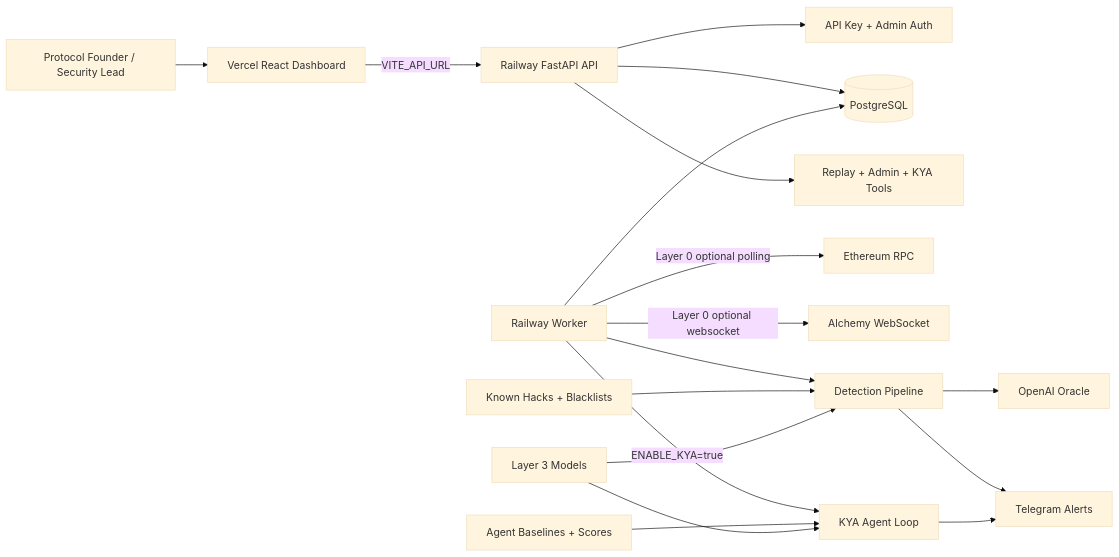
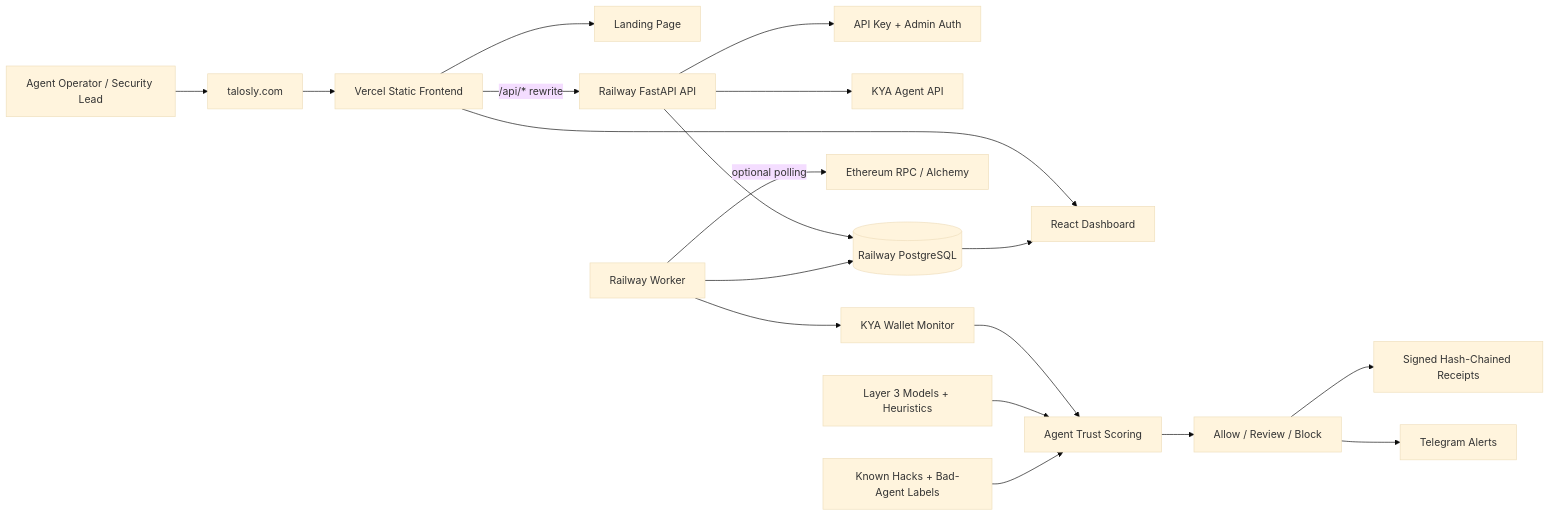
The first of 7 diagrams in README.md (hasansazly/Talosly-startup), drawn with Mermaid (base theme) before and after one commit. The commit also changed other lines of this file, not shown here.

Commit message:
Update README for agent trust product

````diff
--- a/README.md
+++ b/README.md
@@ -80,22 +79,24 @@
 ```mermaid
 flowchart LR
-  Founder[Protocol Founder / Security Lead] --> UI[Vercel React Dashboard]
-  UI -->|VITE_API_URL| API[Railway FastAPI API]
+  Operator[Agent Operator / Security Lead] --> Site[talosly.com]
+  Site --> Vercel[Vercel Static Frontend]
+  Vercel --> Landing[Landing Page]
+  Vercel --> Dashboard[React Dashboard]
+  Vercel -->|/api/* rewrite| API[Railway FastAPI API]
+
   API --> Auth[API Key + Admin Auth]
-  API --> DB[(PostgreSQL)]
-  API --> Replay[Replay + Admin + KYA Tools]
+  API --> KYA[KYA Agent API]
+  API --> DB[(Railway PostgreSQL)]
 
   Worker[Railway Worker] --> DB
-  Worker -->|Layer 0 optional polling| RPC[Ethereum RPC]
-  Worker -->|Layer 0 optional websocket| WSS[Alchemy WebSocket]
-  Worker --> Pipeline[Detection Pipeline]
-  Worker -->|ENABLE_KYA=true| KYA[KYA Agent Loop]
-  Pipeline --> OpenAI[OpenAI Oracle]
-  Pipeline --> Telegram[Telegram Alerts]
-  KYA --> Telegram
+  Worker -->|optional polling| RPC[Ethereum RPC / Alchemy]
+  Worker --> KYAWorker[KYA Wallet Monitor]
+  KYAWorker --> Score[Agent Trust Scoring]
+  Score --> Decision[Allow / Review / Block]
+  Decision --> Receipts[Signed Hash-Chained Receipts]
+  Decision --> Alerts[Telegram Alerts]
 
-  Data[Known Hacks + Blacklists] --> Pipeline
-  AgentData[Agent Baselines + Scores] --> KYA
-  Models[Layer 3 Models] --> Pipeline
-  Models --> KYA
+  Models[Layer 3 Models + Heuristics] --> Score
+  Data[Known Hacks + Bad-Agent Labels] --> Score
+  DB --> Dashboard
 ```
````
